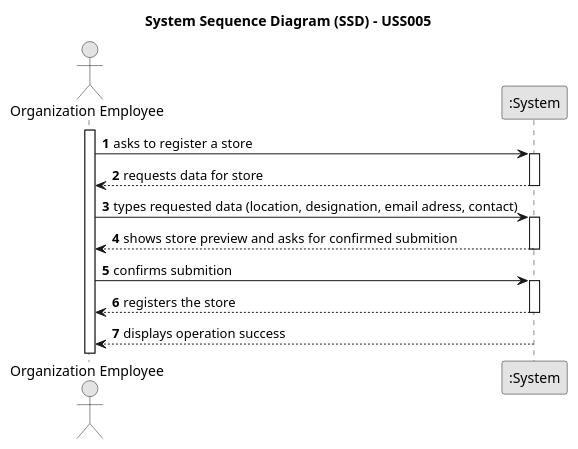
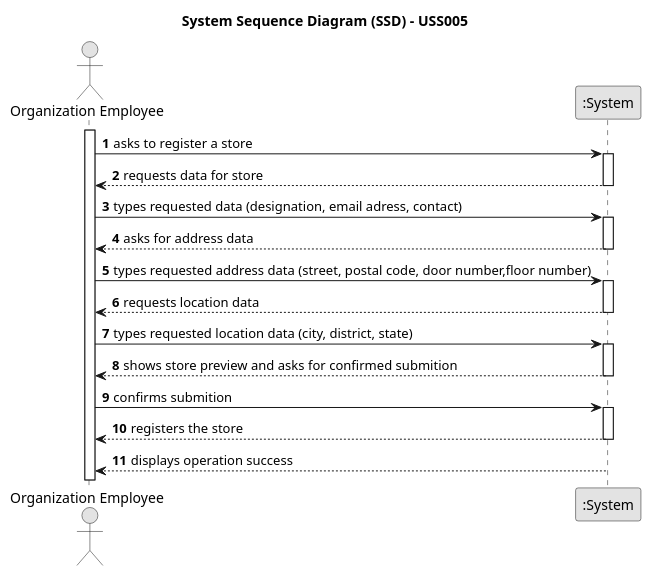
One commit to 1220812/LAPR2 changed the diagram in docs/sprintB/us005/01.requirements-engineering/puml/us005-system-sequence-diagram-alternative-one.svg.puml. Above: the diagram before and after it, drawn with PlantUML. The commit also changed 2 other files, not shown here.

Commit message:
In Sprint B, completed domain model and pasted it in the read me. Still in Sprint B, completed the system sequence diagram alternative one.

```diff
--- a/docs/sprintB/us005/01.requirements-engineering/puml/us005-system-sequence-diagram-alternative-one.svg.puml
+++ b/docs/sprintB/us005/01.requirements-engineering/puml/us005-system-sequence-diagram-alternative-one.svg.puml
@@ -1,36 +1,48 @@
 @startuml
 skinparam monochrome true
 skinparam packageStyle rectangle
 skinparam shadowing false
 
 title System Sequence Diagram (SSD) - USS005
 
 autonumber
 
 actor "Organization Employee" as Employee
 participant ":System" as System
 
 activate Employee
 
     Employee -> System : asks to register a store
     activate System
 
         System --> Employee : requests data for store
     deactivate System
 
-    Employee -> System : types requested data (location, designation, email adress, contact)
+    Employee -> System : types requested data (designation, email adress, contact)
+    activate System
+
+        System --> Employee : asks for address data
+    deactivate System
+
+    Employee -> System: types requested address data (street, postal code, door number,floor number)
+    activate System
+
+        System --> Employee : requests location data
+    deactivate System
+
+    Employee -> System : types requested location data (city, district, state)
     activate System
 
         System --> Employee : shows store preview and asks for confirmed submition
     deactivate System
 
     Employee -> System : confirms submition
     activate System
 
         System --> Employee : registers the store
     deactivate System
 
         System --> Employee : displays operation success
     deactivate System
 
 @enduml
```
